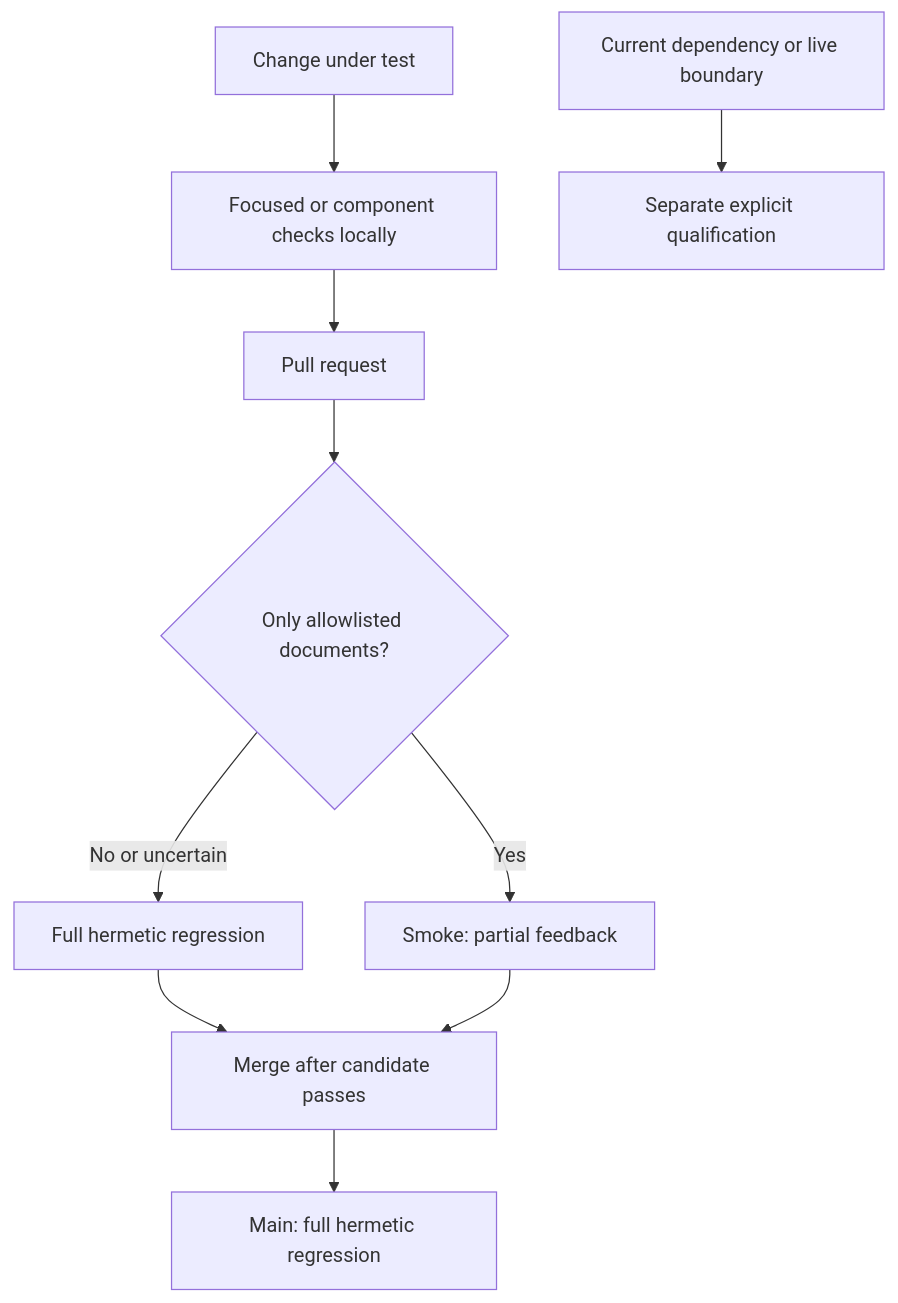
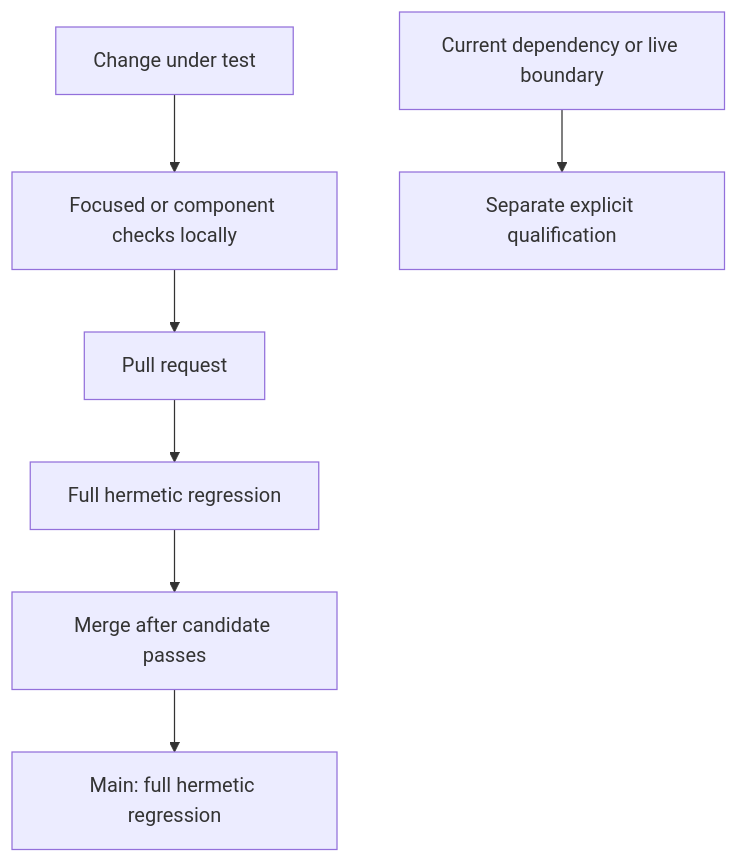
The diagram in test/README.md (whichguy/skill-craft), drawn with Mermaid before and after one commit. The commit also changed other lines of this file and 10 other files, not shown here.

````diff
--- a/test/README.md
+++ b/test/README.md
@@ -18,12 +17,9 @@
 ```mermaid
 flowchart TD
     Change[Change under test] --> Local[Focused or component checks locally]
     Local --> PR[Pull request]
-    PR --> Docs{Only allowlisted documents?}
-    Docs -->|Yes| Smoke[Smoke: partial feedback]
-    Docs -->|No or uncertain| Full[Full hermetic regression]
+    PR --> Full[Full hermetic regression]
     Full --> Merge[Merge after candidate passes]
-    Smoke --> Merge
     Merge --> Main[Main: full hermetic regression]
     External[Current dependency or live boundary] --> Explicit[Separate explicit qualification]
 ```
````
